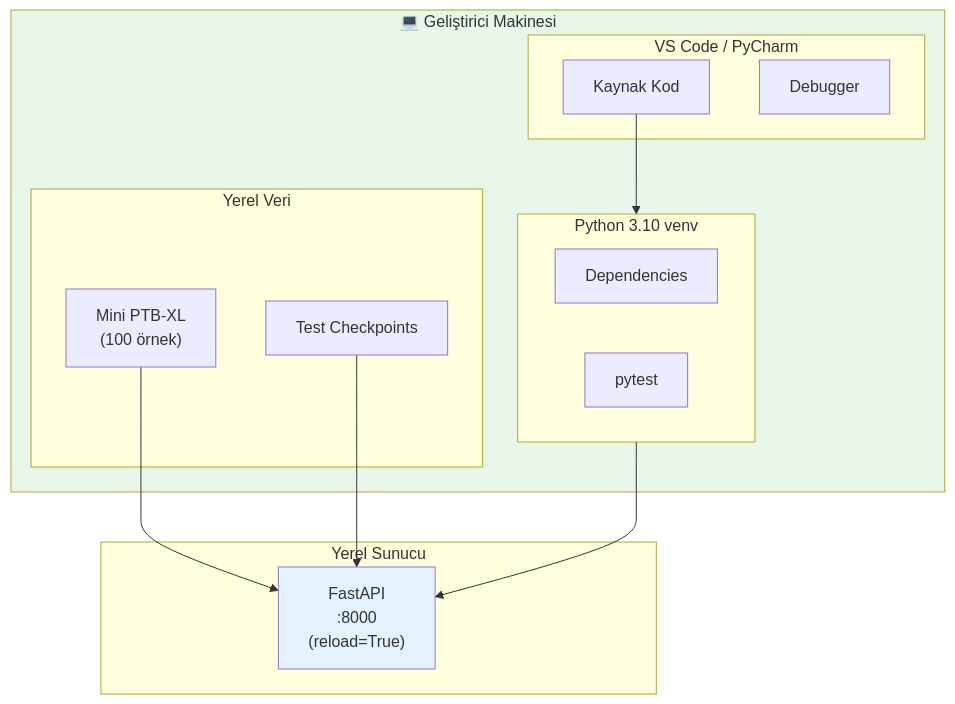
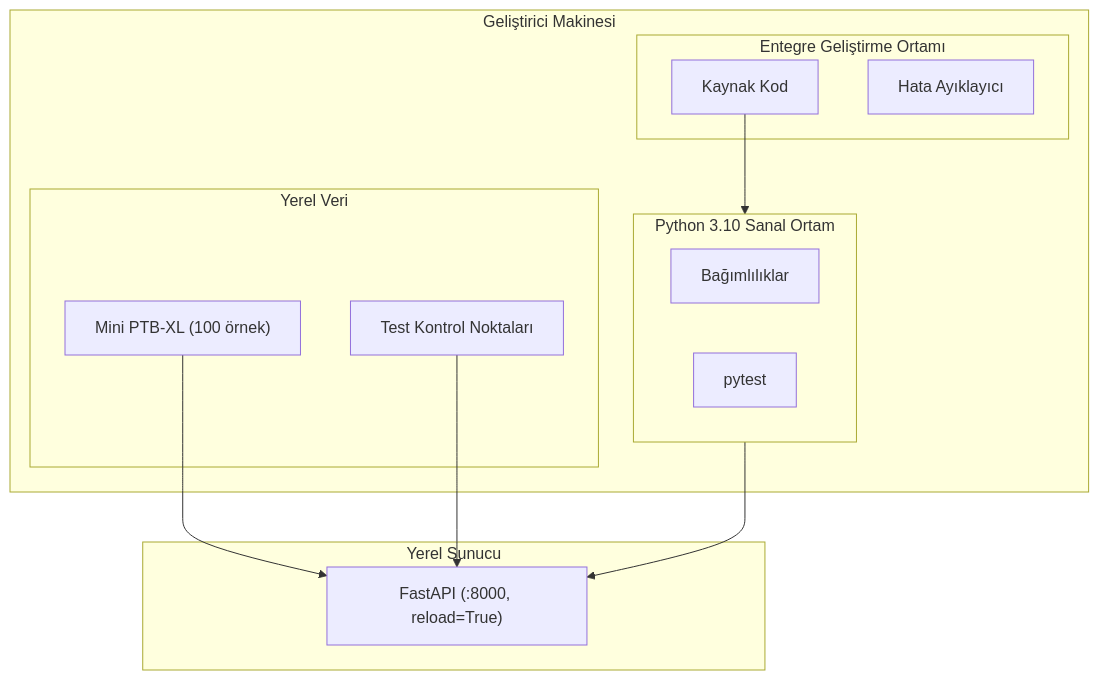
Before and after one commit to mUsaulug/CardioGuard-AI: the fifth of 9 diagrams in docs/diagrams/05_deployment_diagram.md, drawn with Mermaid. The commit also changed other lines of this file and 5 other files, not shown here.

````diff
--- a/docs/diagrams/05_deployment_diagram.md
+++ b/docs/diagrams/05_deployment_diagram.md
@@ -334,29 +328,27 @@
 ```mermaid
 graph TB
-    subgraph DevMachine["💻 Geliştirici Makinesi"]
-        subgraph IDE["VS Code / PyCharm"]
+    subgraph Gelistirici_Makinesi["Geliştirici Makinesi"]
+        subgraph IDE["Entegre Geliştirme Ortamı"]
             CODE["Kaynak Kod"]
-            DEBUG["Debugger"]
+            DEBUG["Hata Ayıklayıcı"]
         end
         
-        subgraph LocalPython["Python 3.10 venv"]
-            DEPS["Dependencies"]
+        subgraph Yerel_Python["Python 3.10 Sanal Ortam"]
+            DEPS["Bağımlılıklar"]
             PYTEST["pytest"]
         end
         
-        subgraph LocalData["Yerel Veri"]
-            MINI_PTBXL["Mini PTB-XL<br/>(100 örnek)"]
-            TEST_CHECKPOINTS["Test Checkpoints"]
+        subgraph Yerel_Veri["Yerel Veri"]
+            MINI_PTBXL["Mini PTB-XL (100 örnek)"]
+            TEST_CHECKPOINTS["Test Kontrol Noktaları"]
         end
     end
     
-    subgraph LocalServer["Yerel Sunucu"]
-        DEV_API["FastAPI<br/>:8000<br/>(reload=True)"]
+    subgraph Yerel_Sunucu["Yerel Sunucu"]
+        DEV_API["FastAPI (:8000, reload=True)"]
     end
     
-    CODE --> LocalPython --> DEV_API
-    MINI_PTBXL & TEST_CHECKPOINTS --> DEV_API
-    
-    style DevMachine fill:#e8f5e9
-    style DEV_API fill:#e3f2fd
+    CODE --> Yerel_Python --> DEV_API
+    MINI_PTBXL --> DEV_API
+    TEST_CHECKPOINTS --> DEV_API
 ```
````
